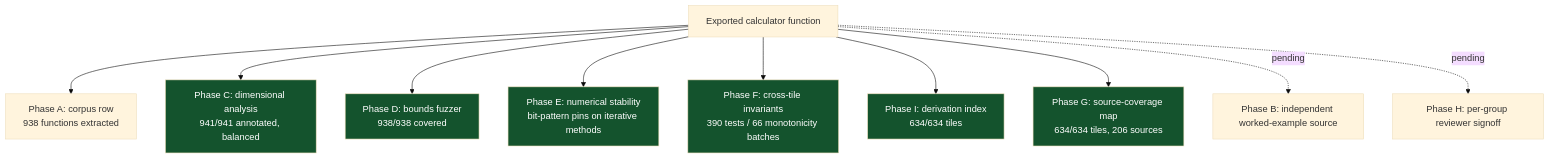
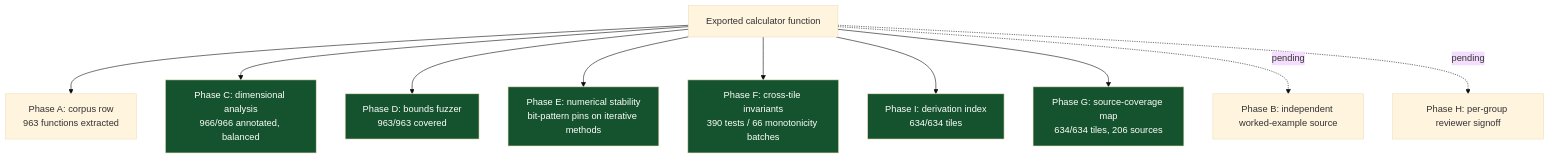
One commit to clay-good/roughlogic.com changed the sixth of 8 diagrams in README.md. Above: the diagram before and after it, drawn with Mermaid (base theme). The commit also changed other lines of this file and 39 other files, not shown here.

````diff
--- a/README.md
+++ b/README.md
@@ -456,18 +458,18 @@
 ```mermaid
 flowchart TB
-    F[Exported calculator function] --> A[Phase A: corpus row\n938 functions extracted]
-    F --> C[Phase C: dimensional analysis\n941/941 annotated, balanced]
-    F --> D[Phase D: bounds fuzzer\n938/938 covered]
+    F[Exported calculator function] --> A[Phase A: corpus row\n963 functions extracted]
+    F --> C[Phase C: dimensional analysis\n966/966 annotated, balanced]
+    F --> D[Phase D: bounds fuzzer\n963/963 covered]
     F --> E[Phase E: numerical stability\nbit-pattern pins on iterative methods]
     F --> Fa[Phase F: cross-tile invariants\n390 tests / 66 monotonicity batches]
     F --> I[Phase I: derivation index\n634/634 tiles]
     F --> G[Phase G: source-coverage map\n634/634 tiles, 206 sources]
     F -.pending.-> B[Phase B: independent worked-example source]
     F -.pending.-> H[Phase H: per-group reviewer signoff]
     style C fill:#14532d,color:#fff
     style D fill:#14532d,color:#fff
     style E fill:#14532d,color:#fff
     style Fa fill:#14532d,color:#fff
     style G fill:#14532d,color:#fff
     style I fill:#14532d,color:#fff
 ```
````
